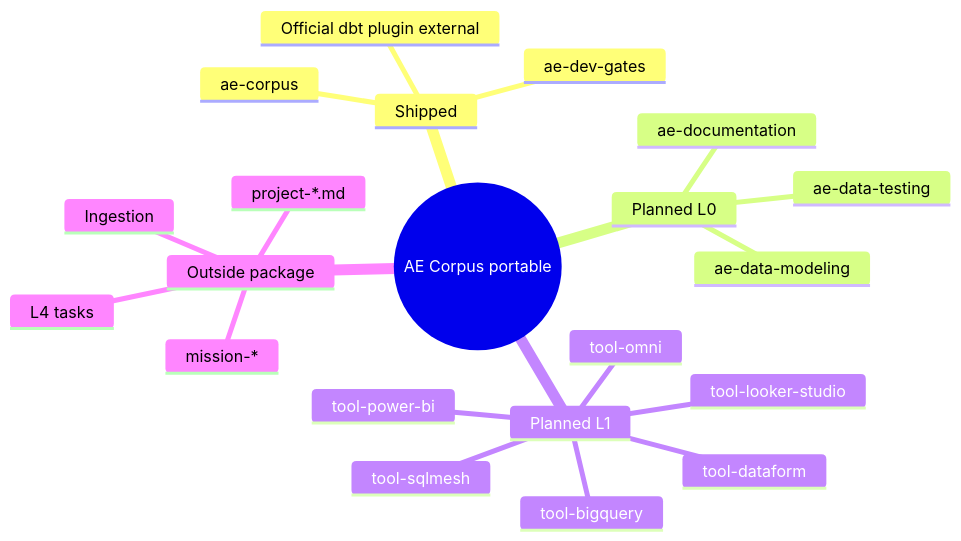
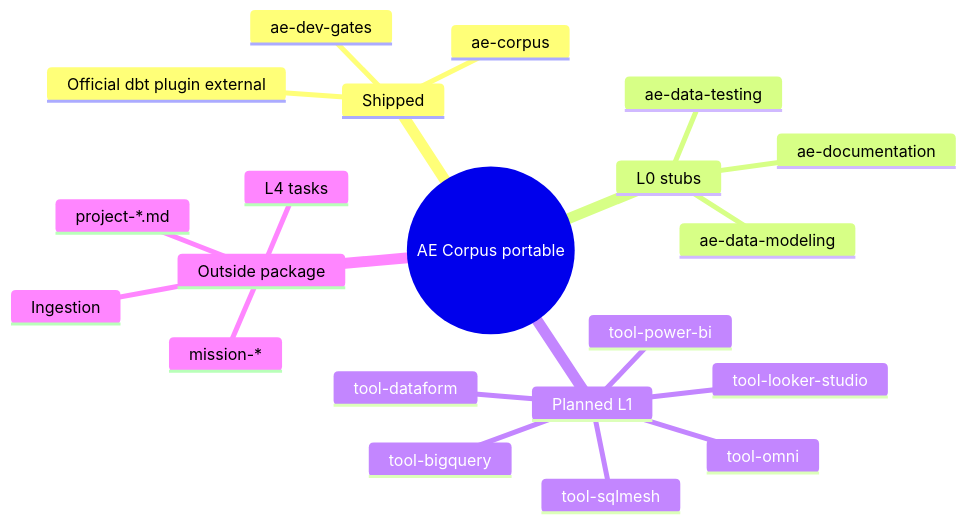
Before and after one commit to doudjol57/ae-agent-skills: the third of 3 diagrams in plugins/ae-agent-skills/skills/ae-corpus/architecture.md, drawn with Mermaid. The commit also changed other lines of this file and 9 other files, not shown here.

````diff
--- a/plugins/ae-agent-skills/skills/ae-corpus/architecture.md
+++ b/plugins/ae-agent-skills/skills/ae-corpus/architecture.md
@@ -73,24 +73,24 @@
 ```mermaid
 mindmap
   root((AE Corpus portable))
     Shipped
       ae-corpus
       ae-dev-gates
       Official dbt plugin external
-    Planned L0
+    L0 stubs
       ae-data-modeling
       ae-documentation
       ae-data-testing
     Planned L1
       tool-bigquery
       tool-looker-studio
       tool-omni
       tool-power-bi
       tool-dataform
       tool-sqlmesh
     Outside package
       mission-*
       project-*.md
       L4 tasks
       Ingestion
 ```
````
